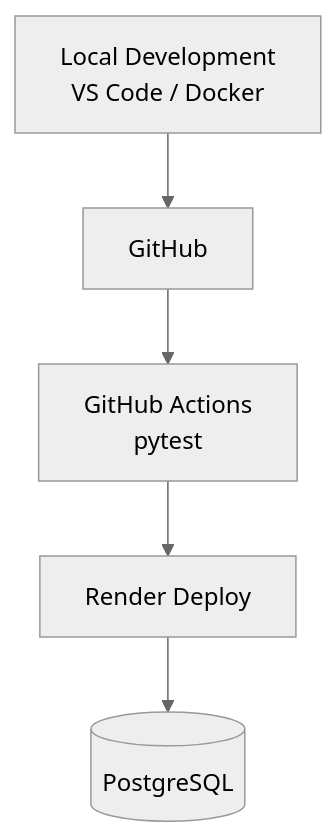
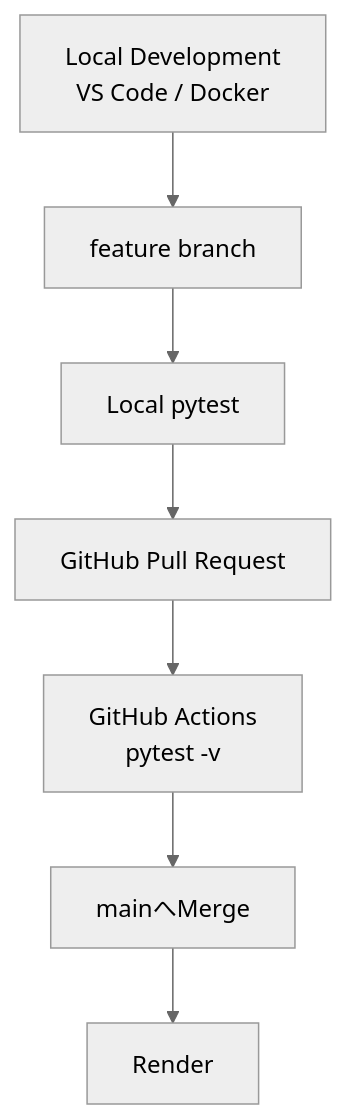
The diagram in README.md (tosane932/sales_data_app), drawn with Mermaid (neutral theme) before and after one commit. The commit also changed other lines of this file, not shown here.

````diff
--- a/README.md
+++ b/README.md
@@ -611,11 +901,15 @@
 ```mermaid
 flowchart TD
     A[Local Development<br>VS Code / Docker]
-    --> B[GitHub]
+    --> B[feature branch]
 
-    B --> C[GitHub Actions<br>pytest]
+    B --> C[Local pytest]
 
-    C --> D[Render Deploy]
+    C --> D[GitHub Pull Request]
 
-    D --> E[(PostgreSQL)]
+    D --> E[GitHub Actions<br>pytest -v]
+
+    E --> F[mainへMerge]
+
+    F --> G[Render]
 ```
````
